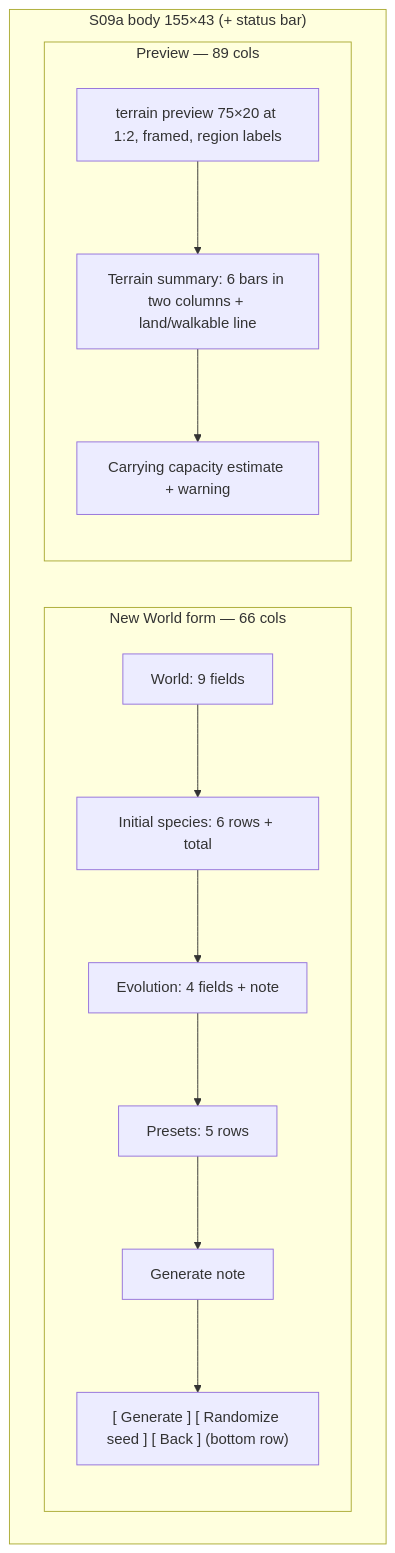
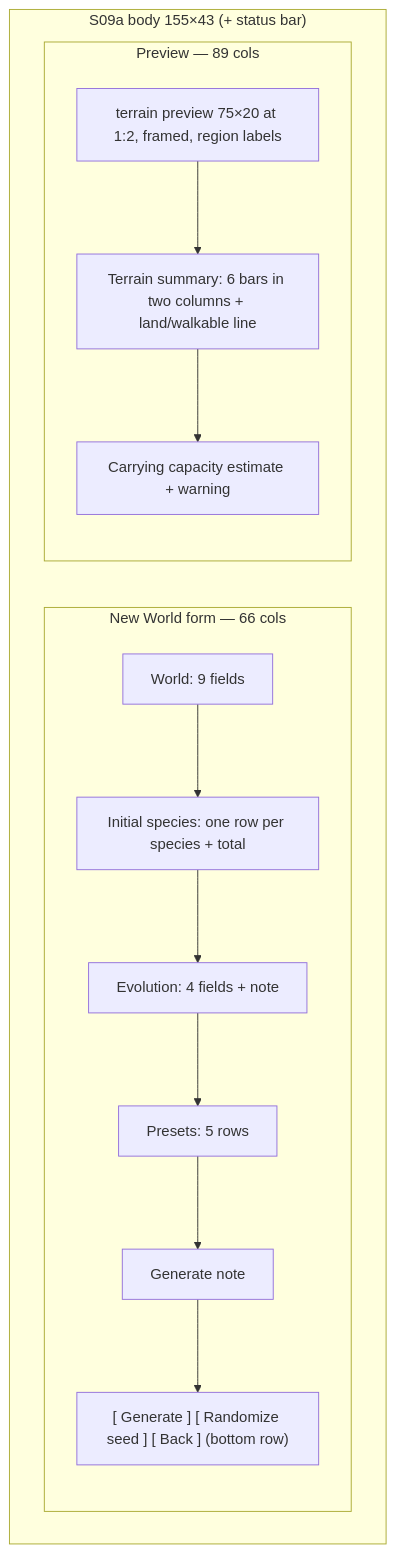
The diagram in docs/screens/s09-world-generation.md (sbayer55/sim-fortress), drawn with Mermaid before and after one commit. The commit also changed other lines of this file and 107 other files, not shown here.

````diff
--- a/docs/screens/s09-world-generation.md
+++ b/docs/screens/s09-world-generation.md
@@ -32,23 +32,23 @@
 ```mermaid
 flowchart LR
     subgraph body["S09a body 155×43 (+ status bar)"]
         direction LR
         subgraph F["New World form — 66 cols"]
             direction TB
             F1["World: 9 fields"]
-            F2["Initial species: 6 rows + total"]
+            F2["Initial species: one row per species + total"]
             F3["Evolution: 4 fields + note"]
             F4["Presets: 5 rows"]
             F5["Generate note"]
             F6["[ Generate ] [ Randomize seed ] [ Back ] (bottom row)"]
             F1 --> F2 --> F3 --> F4 --> F5 --> F6
         end
         subgraph P["Preview — 89 cols"]
             direction TB
             P1["terrain preview 75×20 at 1:2, framed, region labels"]
             P2["Terrain summary: 6 bars in two columns + land/walkable line"]
             P3["Carrying capacity estimate + warning"]
             P1 --> P2 --> P3
         end
     end
 ```
````
